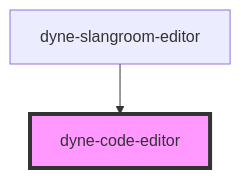
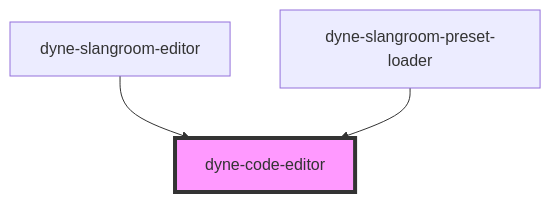
The diagram in src/components/dyne-code-editor/readme.md (dyne/components), drawn with Mermaid before and after one commit. The commit also changed other lines of this file and 27 other files, not shown here.

First line of the commit message:
feat: Add slangroom preset loader (#14)

````diff
--- a/src/components/dyne-code-editor/readme.md
+++ b/src/components/dyne-code-editor/readme.md
@@ -51,5 +52,6 @@
 ```mermaid
 graph TD;
   dyne-slangroom-editor --> dyne-code-editor
+  dyne-slangroom-preset-loader --> dyne-code-editor
   style dyne-code-editor fill:#f9f,stroke:#333,stroke-width:4px
 ```
````
